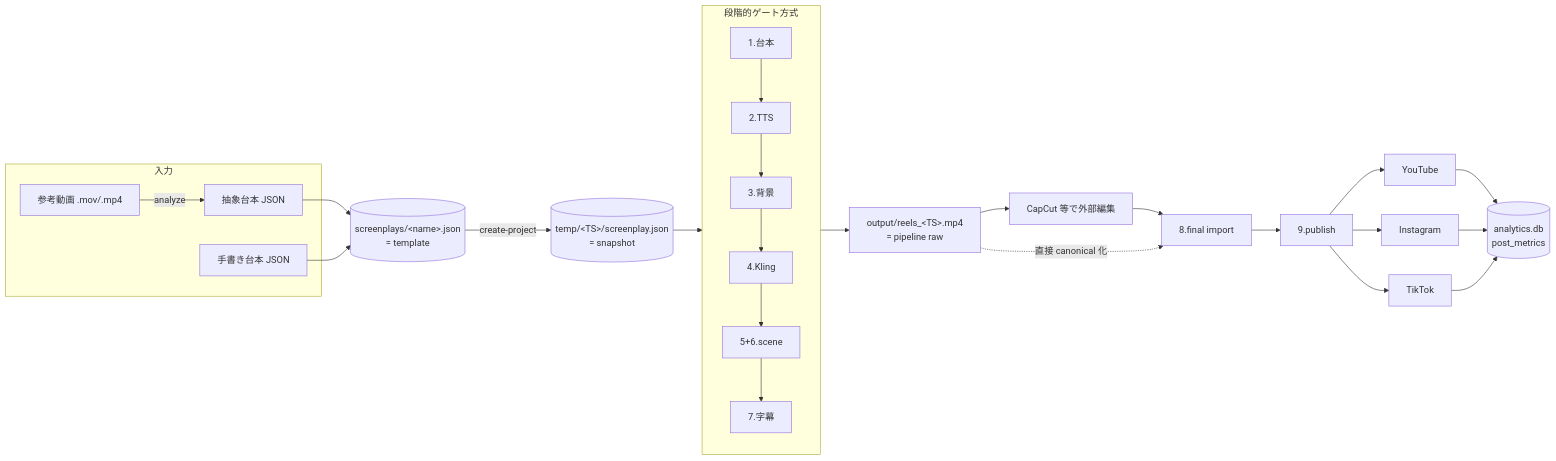
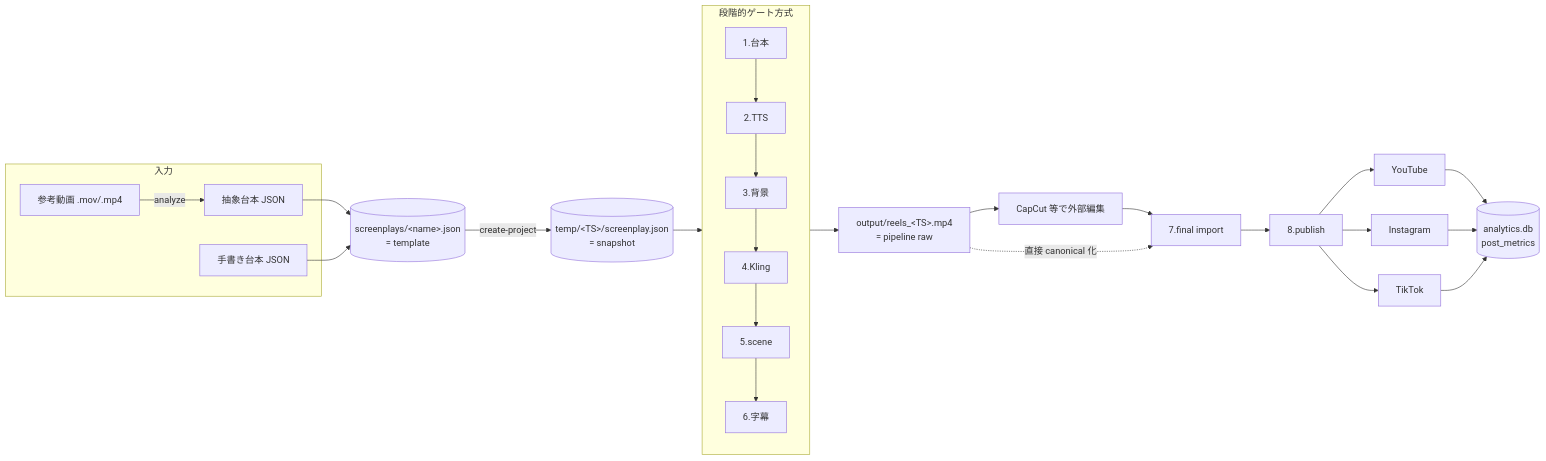
Before and after one commit to HirotakaUchishiba/short-movie-generator: the diagram in docs/developments/architecture.md, drawn with Mermaid. The commit also changed other lines of this file and 2 other files, not shown here.

````diff
--- a/docs/developments/architecture.md
+++ b/docs/developments/architecture.md
@@ -9,32 +9,32 @@
 ```mermaid
 flowchart LR
   subgraph 入力
     REF[参考動画 .mov/.mp4] -->|analyze| ABS[抽象台本 JSON]
     HAND[手書き台本 JSON]
   end
 
   ABS --> TPL[(screenplays/&lt;name&gt;.json<br/>= template)]
   HAND --> TPL
 
   TPL -->|create-project| SNAP[(temp/&lt;TS&gt;/screenplay.json<br/>= snapshot)]
 
   subgraph 段階的ゲート方式
     direction TB
-    S1[1.台本] --> S2[2.TTS] --> S3[3.背景] --> S4[4.Kling] --> S56[5+6.scene] --> S7[7.字幕]
+    S1[1.台本] --> S2[2.TTS] --> S3[3.背景] --> S4[4.Kling] --> S5[5.scene] --> S6[6.字幕]
   end
 
   SNAP --> S1
-  S7 --> RAW[output/reels_&lt;TS&gt;.mp4<br/>= pipeline raw]
+  S6 --> RAW[output/reels_&lt;TS&gt;.mp4<br/>= pipeline raw]
   RAW --> EXT[CapCut 等で外部編集]
-  EXT --> S8[8.final import]
-  RAW -.直接 canonical 化.-> S8
-  S8 --> S9[9.publish]
+  EXT --> S7[7.final import]
+  RAW -.直接 canonical 化.-> S7
+  S7 --> S8[8.publish]
 
-  S9 --> YT[YouTube]
-  S9 --> IG[Instagram]
-  S9 --> TT[TikTok]
+  S8 --> YT[YouTube]
+  S8 --> IG[Instagram]
+  S8 --> TT[TikTok]
 
   YT --> METRIC[(analytics.db<br/>post_metrics)]
   IG --> METRIC
   TT --> METRIC
 ```
````
